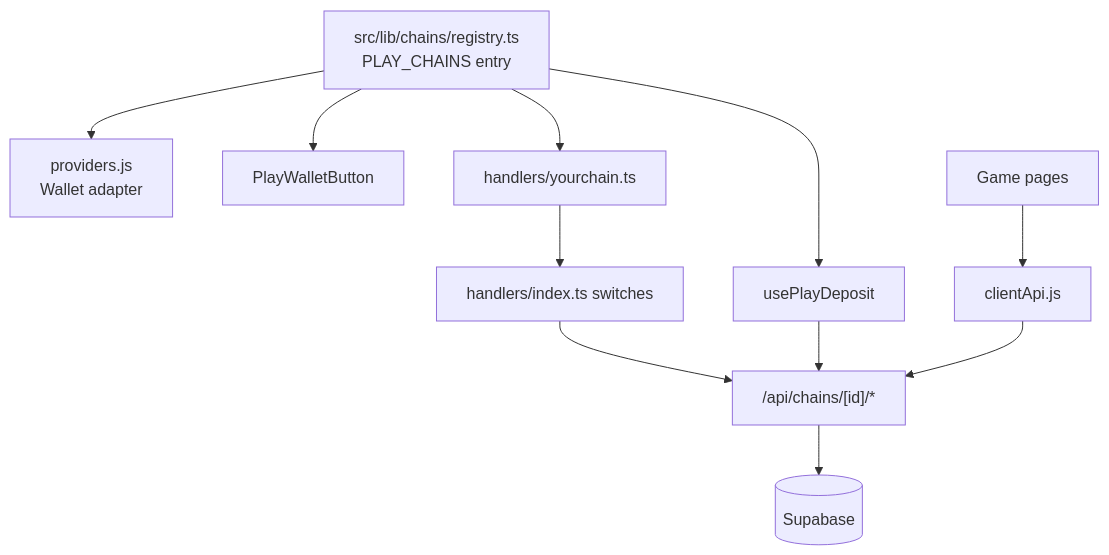
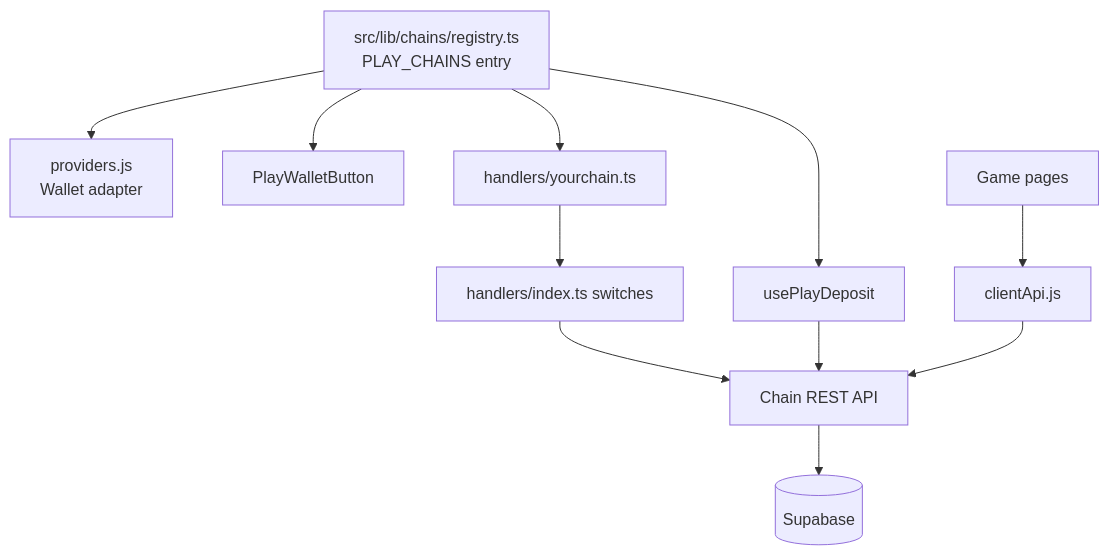
Before and after one commit to AmaanSayyad/apt-casino: the first of 2 diagrams in docs/ADDING_A_CHAIN.md, drawn with Mermaid. The commit also changed other lines of this file and 5 other files, not shown here.

First line of the commit message:
docs: fix Mermaid diagrams for GitHub rendering

````diff
--- a/docs/ADDING_A_CHAIN.md
+++ b/docs/ADDING_A_CHAIN.md
@@ -7,14 +7,14 @@
 ```mermaid
 flowchart TB
     REG[src/lib/chains/registry.ts<br/>PLAY_CHAINS entry]
     REG --> PROV[providers.js<br/>Wallet adapter]
     REG --> BTN[PlayWalletButton]
     REG --> DEP[usePlayDeposit]
     REG --> HND[handlers/yourchain.ts]
     HND --> IDX[handlers/index.ts switches]
-    IDX --> RT["/api/chains/[id]/*"]
+    IDX --> RT["Chain REST API"]
     RT --> SB[(Supabase)]
     DEP --> RT
     CLI[clientApi.js] --> RT
     GAMES[Game pages] --> CLI
 ```
````
